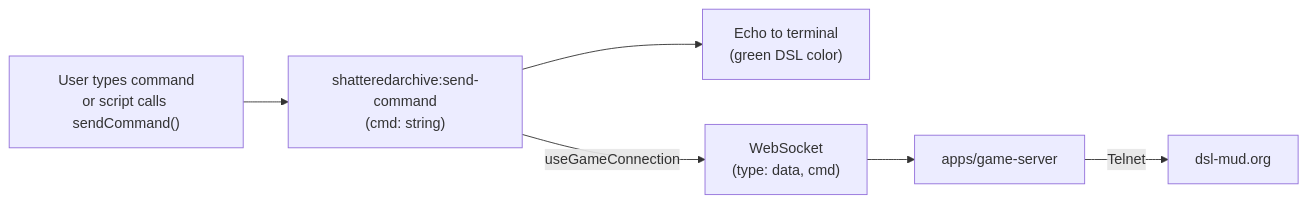
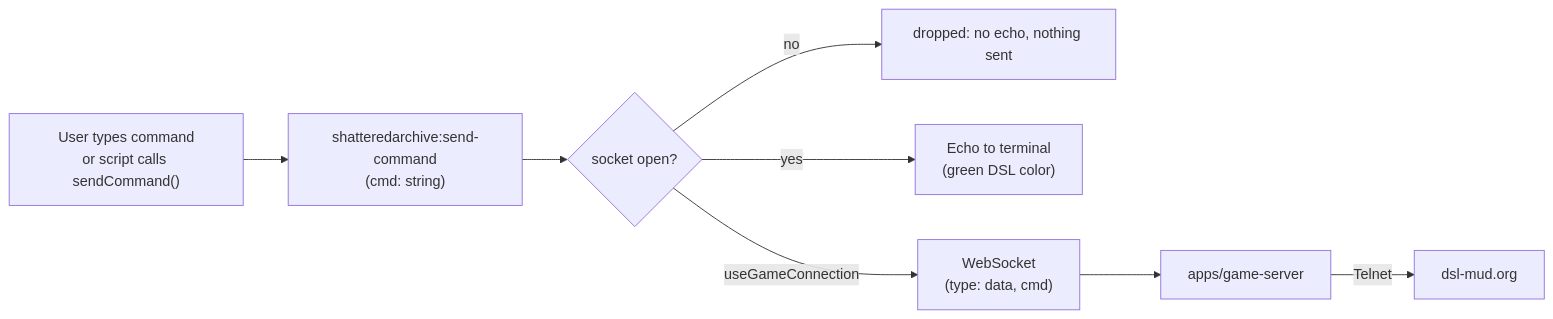
The third of 3 diagrams in docs/architecture/Emitted Events.md (TournyMasterBot/Shattered-Archive), drawn with Mermaid before and after one commit. The commit also changed 1400 other files, not shown here.

````diff
--- a/docs/architecture/Emitted Events.md
+++ b/docs/architecture/Emitted Events.md
@@ -86,10 +86,12 @@
 ```mermaid
 graph LR
 
   UI["User types command<br/>or script calls sendCommand()"]
   UI --> EV_SEND["shatteredarchive:send-command<br/>(cmd: string)"]
-  EV_SEND --> ECHO["Echo to terminal<br/>(green DSL color)"]
-  EV_SEND -->|useGameConnection| WS["WebSocket<br/>(type: data, cmd)"]
+  EV_SEND --> OPEN{"socket open?"}
+  OPEN -- "no" --> NONE["dropped: no echo, nothing sent"]
+  OPEN -- "yes" --> ECHO["Echo to terminal<br/>(green DSL color)"]
+  OPEN -->|useGameConnection| WS["WebSocket<br/>(type: data, cmd)"]
   WS --> GS["apps/game-server"]
   GS -->|Telnet| MUD["dsl-mud.org"]
 ```
````
